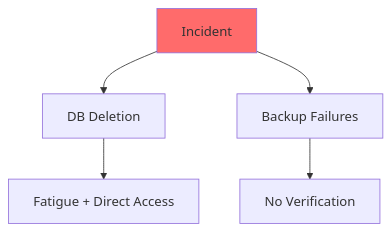
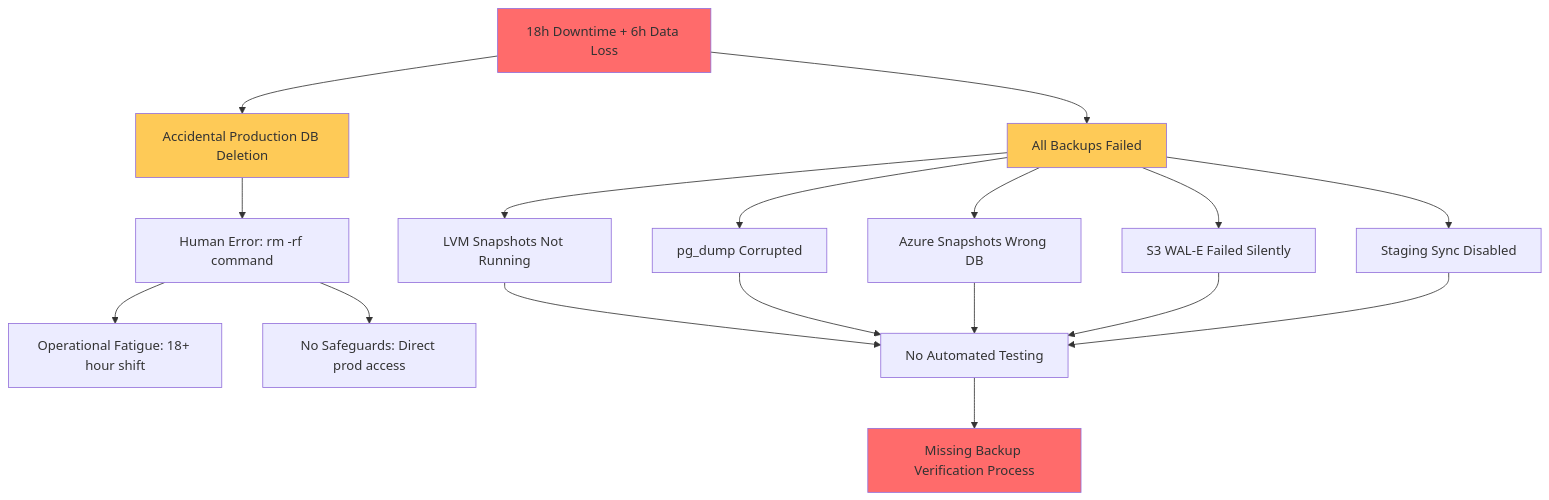
One commit to ljg-cqu/knowledge changed the second of 2 diagrams in Prompts/Career/CaseStudy/QA.md. Above: the diagram before and after it, drawn with Mermaid. The commit also changed other lines of this file and 19 other files, not shown here.

````diff
--- a/Prompts/Career/CaseStudy/QA.md
+++ b/Prompts/Career/CaseStudy/QA.md
@@ -111,8 +325,28 @@
 ```mermaid
 flowchart TD
-    A[Incident] --> B[DB Deletion]
-    A --> C[Backup Failures]
-    B --> D[Fatigue + Direct Access]
-    C --> E[No Verification]
+    A[18h Downtime + 6h Data Loss] --> B[Accidental Production DB Deletion]
+    A --> C[All Backups Failed]
+    
+    B --> D[Human Error: rm -rf command]
+    D --> E[Operational Fatigue: 18+ hour shift]
+    D --> F[No Safeguards: Direct prod access]
+    
+    C --> G[LVM Snapshots Not Running]
+    C --> H[pg_dump Corrupted]
+    C --> I[Azure Snapshots Wrong DB]
+    C --> J[S3 WAL-E Failed Silently]
+    C --> K[Staging Sync Disabled]
+    
+    G --> L[No Automated Testing]
+    H --> L
+    I --> L
+    J --> L
+    K --> L
+    
+    L --> M[Missing Backup Verification Process]
+    
     style A fill:#ff6b6b
+    style B fill:#feca57
+    style C fill:#feca57
+    style M fill:#ff6b6b
 ```
````
